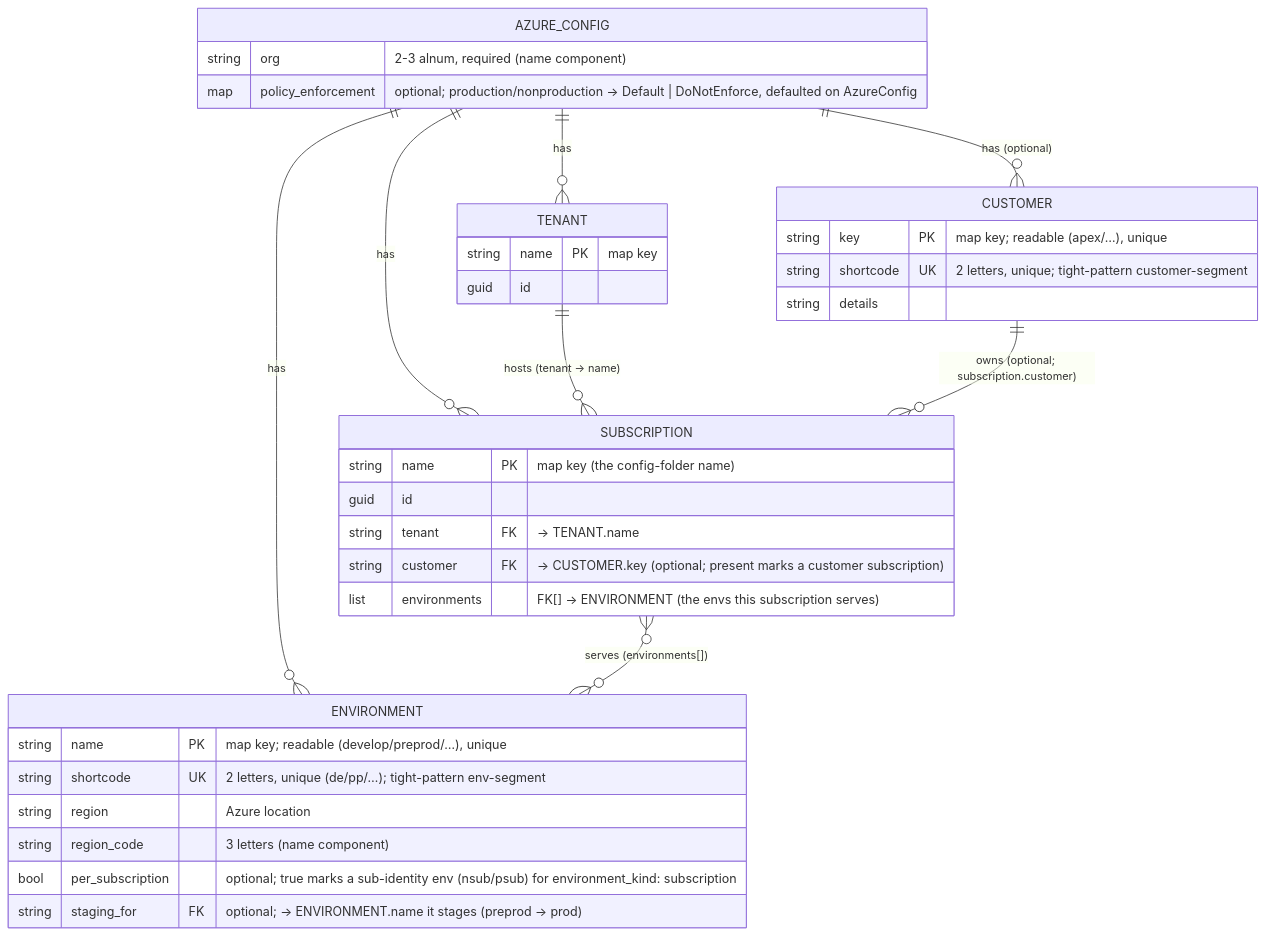
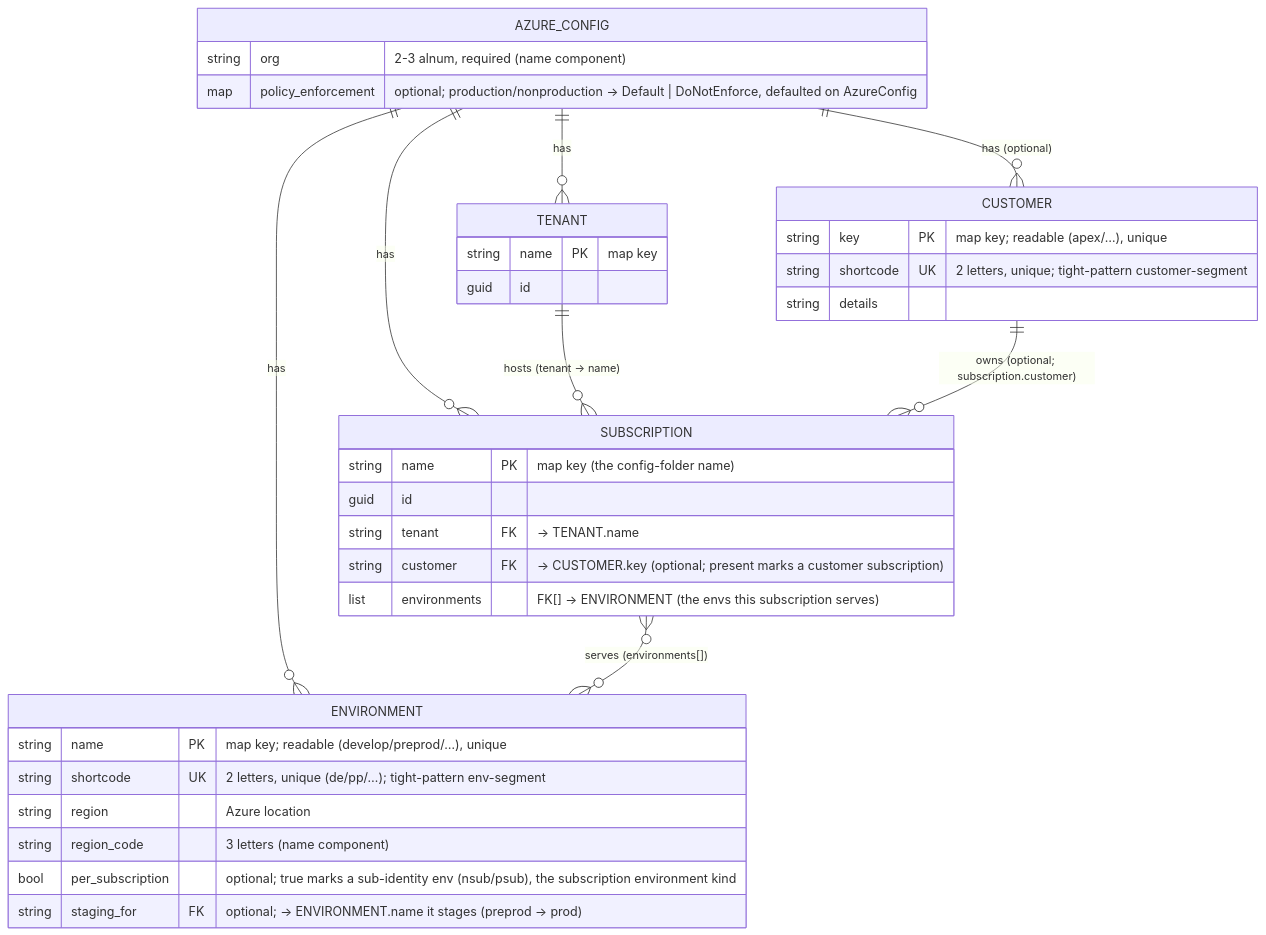
One commit to casperease/catzc changed the first of 2 diagrams in docs/drs/azure/azure-data-model.md. Above: the diagram before and after it, drawn with Mermaid. The commit also changed other lines of this file and 89 other files, not shown here.

````diff
--- a/docs/drs/azure/azure-data-model.md
+++ b/docs/drs/azure/azure-data-model.md
@@ -206,39 +218,39 @@
 ```mermaid
 erDiagram
     AZURE_CONFIG ||--o{ TENANT       : has
     AZURE_CONFIG ||--o{ CUSTOMER     : "has (optional)"
     AZURE_CONFIG ||--o{ ENVIRONMENT  : has
     AZURE_CONFIG ||--o{ SUBSCRIPTION : has
     TENANT       ||--o{ SUBSCRIPTION : "hosts (tenant -> name)"
     CUSTOMER     ||--o{ SUBSCRIPTION : "owns (optional; subscription.customer)"
     SUBSCRIPTION }o--o{ ENVIRONMENT  : "serves (environments[])"
 
     AZURE_CONFIG {
         string org "2-3 alnum, required (name component)"
         map    policy_enforcement "optional; production/nonproduction -> Default | DoNotEnforce, defaulted on AzureConfig"
     }
     TENANT {
         string name PK "map key"
         guid   id
     }
     CUSTOMER {
         string key       PK "map key; readable (apex/…), unique"
         string shortcode UK "2 letters, unique; tight-pattern customer-segment"
         string details
     }
     ENVIRONMENT {
         string name             PK "map key; readable (develop/preprod/…), unique"
         string shortcode        UK "2 letters, unique (de/pp/…); tight-pattern env-segment"
         string region           "Azure location"
         string region_code      "3 letters (name component)"
-        bool   per_subscription "optional; true marks a sub-identity env (nsub/psub) for environment_kind: subscription"
+        bool   per_subscription "optional; true marks a sub-identity env (nsub/psub), the subscription environment kind"
         string staging_for      FK "optional; -> ENVIRONMENT.name it stages (preprod -> prod)"
     }
     SUBSCRIPTION {
         string name     PK "map key (the config-folder name)"
         guid   id
         string tenant   FK "-> TENANT.name"
         string customer FK "-> CUSTOMER.key (optional; present marks a customer subscription)"
         list   environments "FK[] -> ENVIRONMENT (the envs this subscription serves)"
     }
 ```
````
